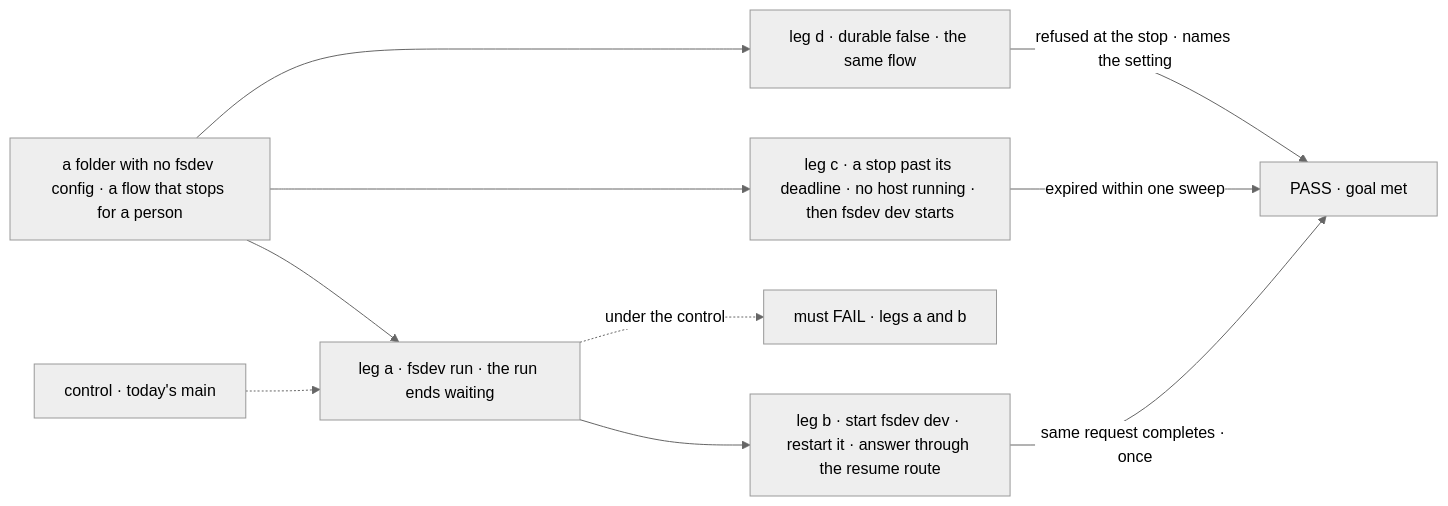
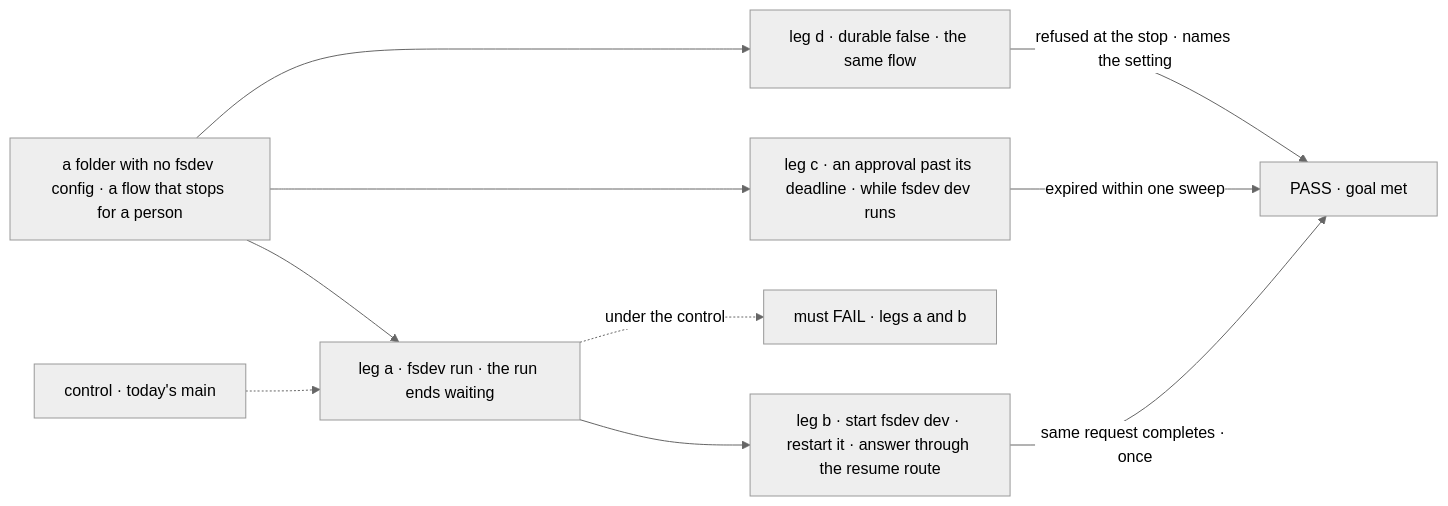
One commit to fixpoint-labs/flow-state-dev changed the diagram in specs/issues/FIX-2063/SPEC.md. Above: the diagram before and after it, drawn with Mermaid (neutral theme). The commit also changed other lines of this file and 4 other files, not shown here.

````diff
--- a/specs/issues/FIX-2063/SPEC.md
+++ b/specs/issues/FIX-2063/SPEC.md
@@ -32,12 +33,12 @@
 ```mermaid
 flowchart LR
   A["a folder with no fsdev config · a flow that stops for a person"] --> L1["leg a · fsdev run · the run ends waiting"]
   L1 --> L2["leg b · start fsdev dev · restart it · answer through the resume route"]
-  A --> L3["leg c · a stop past its deadline · no host running · then fsdev dev starts"]
+  A --> L3["leg c · an approval past its deadline · while fsdev dev runs"]
   A --> L4["leg d · durable false · the same flow"]
   L2 -->|"same request completes · once"| P["PASS · goal met"]
   L3 -->|"expired within one sweep"| P
   L4 -->|"refused at the stop · names the setting"| P
   C["control · today's main"] -.-> L1
   L1 -.->|"under the control"| F["must FAIL · legs a and b"]
 ```
````
